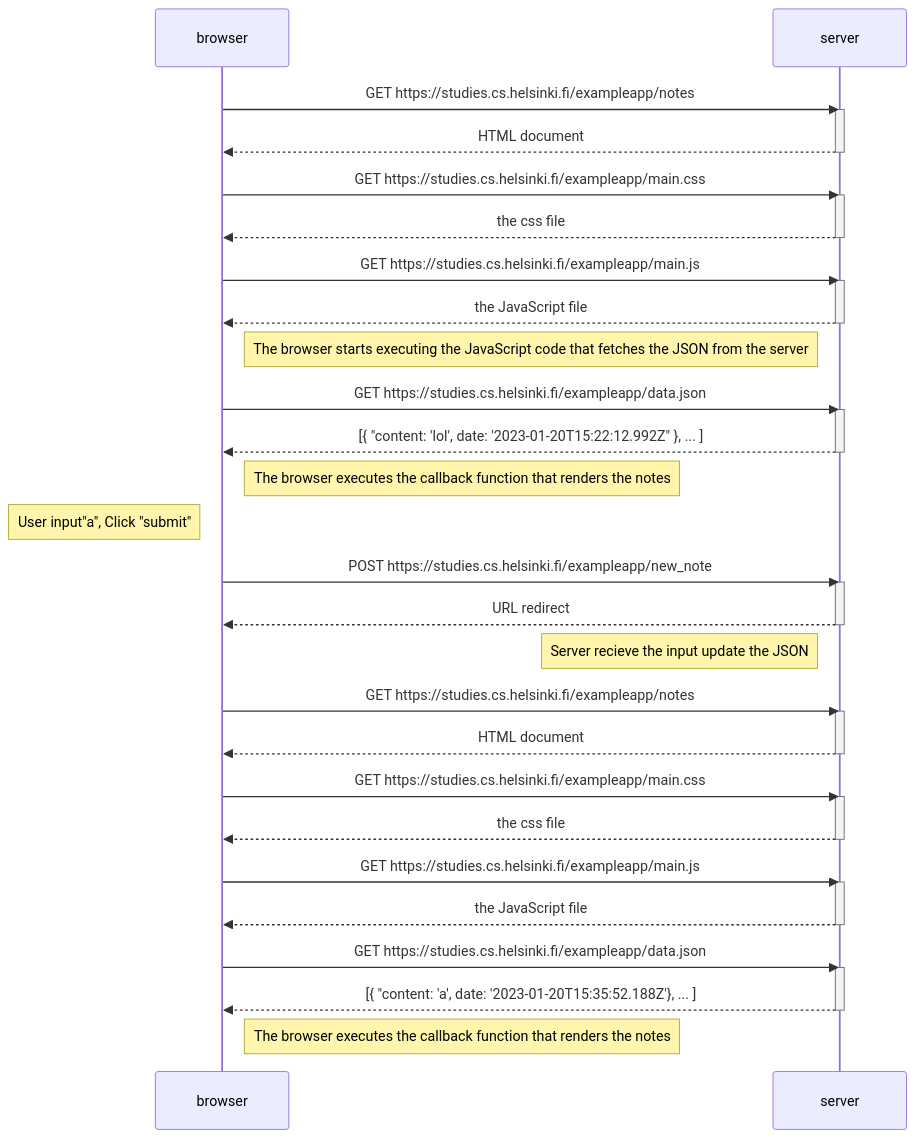
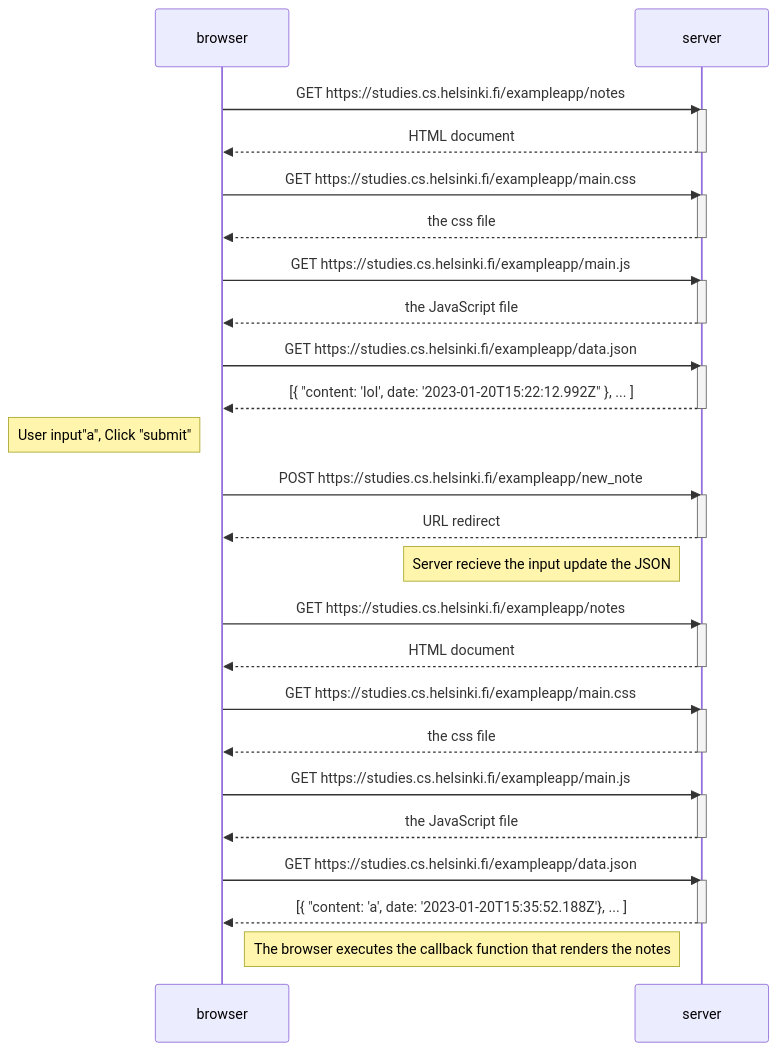
One commit to junrudong/fullstack-hy2020 changed the diagram in Part0/Part0_Excercise4.md. Above: the diagram before and after it, drawn with Mermaid.

````diff
--- a/Part0/Part0_Excercise4.md
+++ b/Part0/Part0_Excercise4.md
@@ -1,61 +1,60 @@
 ```mermaid
 
 sequenceDiagram
 
     participant browser
     participant server
     
     browser->>server: GET https://studies.cs.helsinki.fi/exampleapp/notes
     activate server
     server-->>browser: HTML document
     deactivate server
     
     browser->>server: GET https://studies.cs.helsinki.fi/exampleapp/main.css
     activate server
     server-->>browser: the css file
     deactivate server
     
     browser->>server: GET https://studies.cs.helsinki.fi/exampleapp/main.js
     activate server
     server-->>browser: the JavaScript file
     deactivate server
-    
-    Note right of browser: The browser starts executing the JavaScript code that fetches the JSON from the server
-    
+        
     browser->>server: GET https://studies.cs.helsinki.fi/exampleapp/data.json
     activate server
     server-->>browser: [{ "content: 'lol', date: '2023-01-20T15:22:12.992Z" }, ... ]
     deactivate server    
 
-    Note right of browser: The browser executes the callback function that renders the notes
+
+
     Note left of browser: User input"a", Click "submit"
     browser->>server: POST https://studies.cs.helsinki.fi/exampleapp/new_note
     activate server
     server-->>browser: URL redirect
     deactivate server
 
    
     Note left of server: Server recieve the input update the JSON
 
     browser->>server: GET https://studies.cs.helsinki.fi/exampleapp/notes
     activate server
     server-->>browser: HTML document
     deactivate server
     
     browser->>server: GET https://studies.cs.helsinki.fi/exampleapp/main.css
     activate server
     server-->>browser: the css file
     deactivate server
     
     browser->>server: GET https://studies.cs.helsinki.fi/exampleapp/main.js
     activate server
     server-->>browser: the JavaScript file
     deactivate server
         
     browser->>server: GET https://studies.cs.helsinki.fi/exampleapp/data.json
     activate server
     server-->>browser: [{ "content: 'a', date: '2023-01-20T15:35:52.188Z'}, ... ]
     deactivate server       
 
     Note right of browser: The browser executes the callback function that renders the notes
 ```
````
